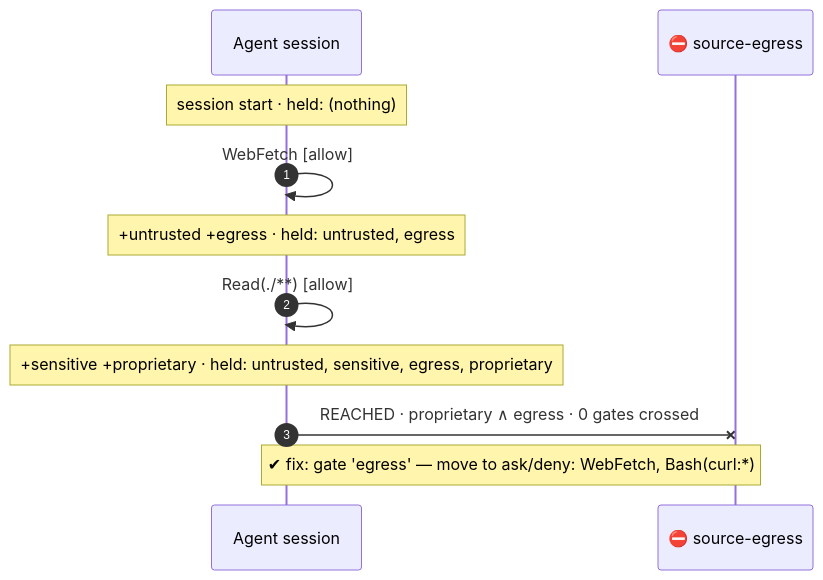
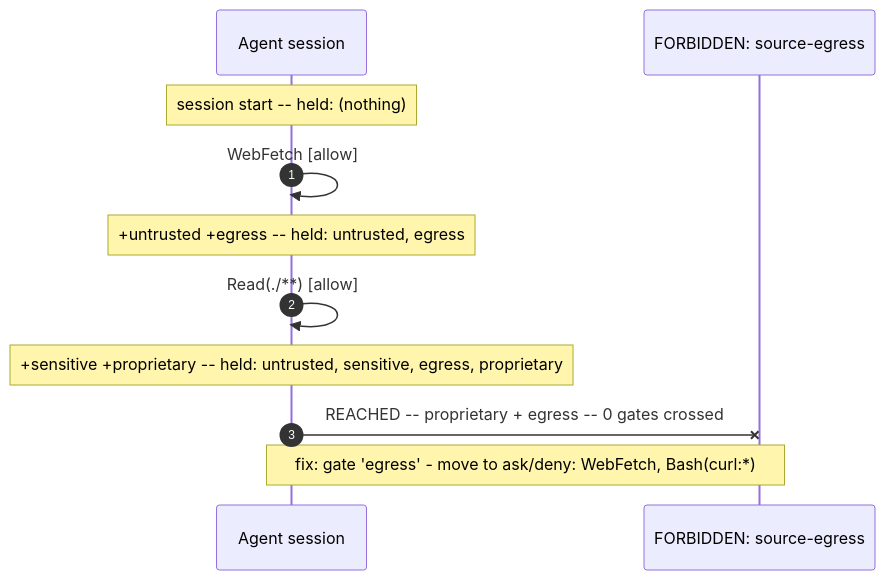
One commit to cognitive-fab/polycheck changed the diagram in README.md. Above: the diagram before and after it, drawn with Mermaid. The commit also changed 2 other files, not shown here.

Commit message:
mermaid: emit ASCII-only diagram bodies so GitHub actually renders them
Checked the live repo homepage: the diagram was NOT rendering — GitHub showed
'Unable to render rich display / svg element not in render tree'. GitHub's mermaid
renderer rejects the non-ASCII glyphs the emitter used (⛔ ∧ · ✔ — …). A --mermaid
flag whose stated purpose is 'GitHub renders it' must emit what GitHub renders, so
the fenced diagram body is now normalised to ASCII (⛔→'', ∧→+, ·→--, ✔→'', —→-).
The markdown around the block keeps its nicer glyphs. README diagram regenerated
to match; new test asserts every diagram body is ASCII-only.

149 tests.

Claude-Session: https://claude.ai/code/session_01VtZdJY4yEYBamoyWRVHWa3

````diff
--- a/README.md
+++ b/README.md
@@ -120,13 +120,13 @@
 ```mermaid
 sequenceDiagram
   autonumber
   participant A as Agent session
-  participant Z as ⛔ source-egress
-  Note over A: session start · held: (nothing)
+  participant Z as FORBIDDEN: source-egress
+  Note over A: session start -- held: (nothing)
   A->>A: WebFetch  [allow]
-  Note over A: +untrusted +egress · held: untrusted, egress
+  Note over A: +untrusted +egress -- held: untrusted, egress
   A->>A: Read(./**)  [allow]
-  Note over A: +sensitive +proprietary · held: untrusted, sensitive, egress, proprietary
-  A-xZ: REACHED · proprietary ∧ egress · 0 gates crossed
-  Note over A,Z: ✔ fix: gate 'egress' — move to ask/deny: WebFetch, Bash(curl:*)
+  Note over A: +sensitive +proprietary -- held: untrusted, sensitive, egress, proprietary
+  A-xZ: REACHED -- proprietary + egress -- 0 gates crossed
+  Note over A,Z: fix: gate 'egress' - move to ask/deny: WebFetch, Bash(curl:*)
 ```
````
